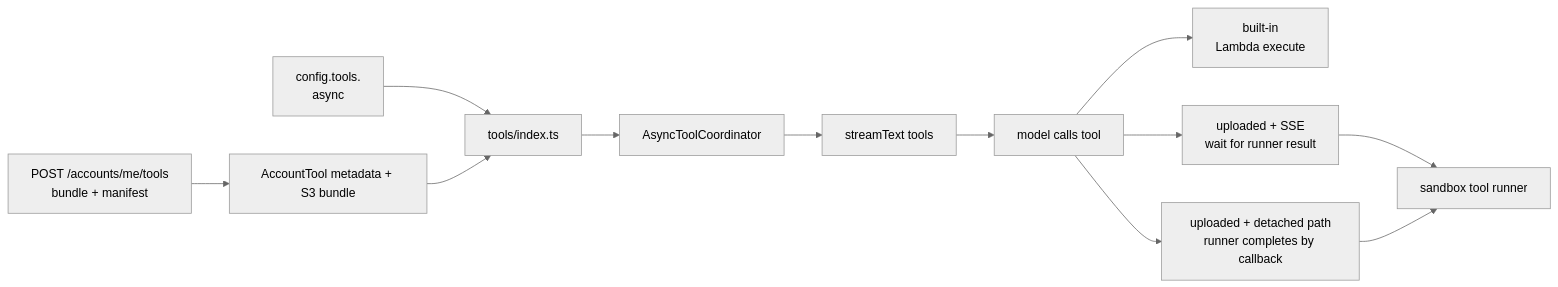
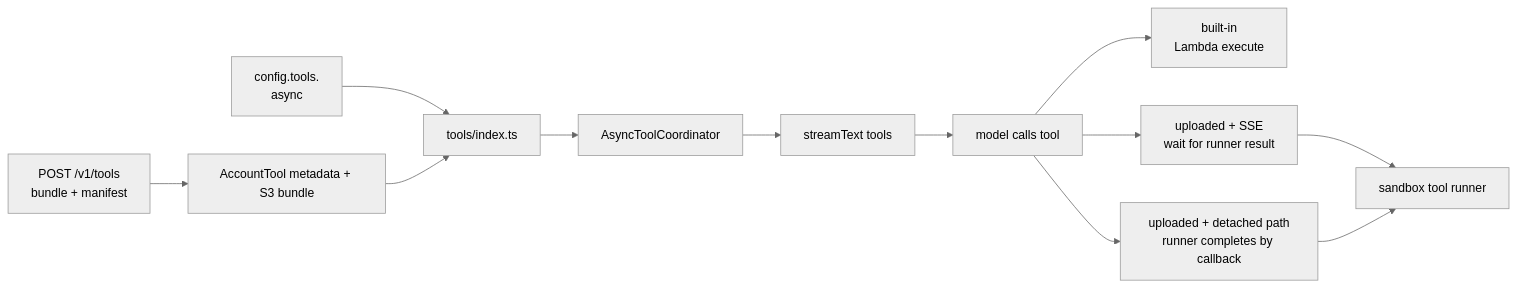
One commit to beeblastco/broods changed the first of 3 diagrams in apps/docs/docs/tools.md. Above: the diagram before and after it, drawn with Mermaid (neutral theme). The commit also changed other lines of this file and 45 other files, not shown here.

````diff
--- a/apps/docs/docs/tools.md
+++ b/apps/docs/docs/tools.md
@@ -7,14 +7,14 @@
 ```mermaid
 flowchart LR
-  Upload["POST /accounts/me/tools<br/>bundle + manifest"] --> Store["AccountTool metadata + S3 bundle"]
+  Upload["POST /v1/tools<br/>bundle + manifest"] --> Store["AccountTool metadata + S3 bundle"]
   Config["config.tools.<name or toolId><br/>async"] --> Registry["tools/index.ts"]
   Store --> Registry
   Registry --> Wrap["AsyncToolCoordinator"]
   Wrap --> Model["streamText tools"]
   Model --> Call["model calls tool"]
   Call --> BuiltIn["built-in<br/>Lambda execute"]
   Call --> UploadedSse["uploaded + SSE<br/>wait for runner result"]
   Call --> UploadedDetached["uploaded + detached path<br/>runner completes by callback"]
   UploadedSse --> Runner["sandbox tool runner"]
   UploadedDetached --> Runner
 ```
````
